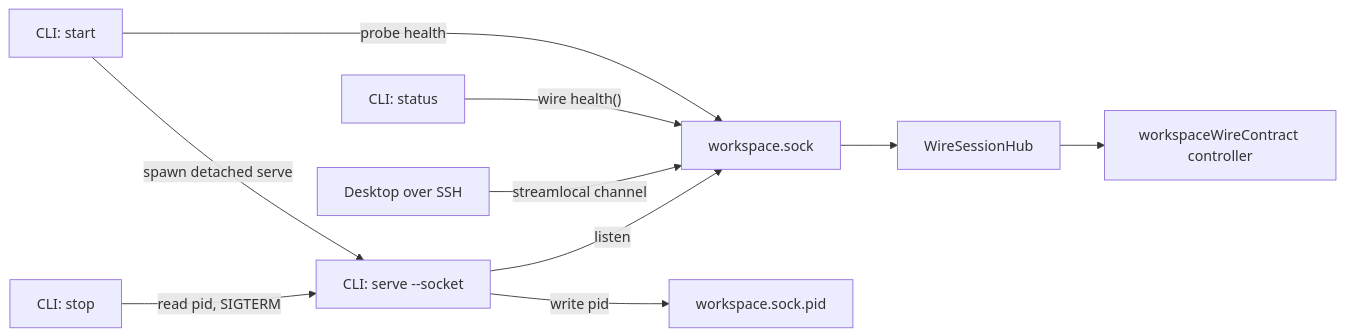
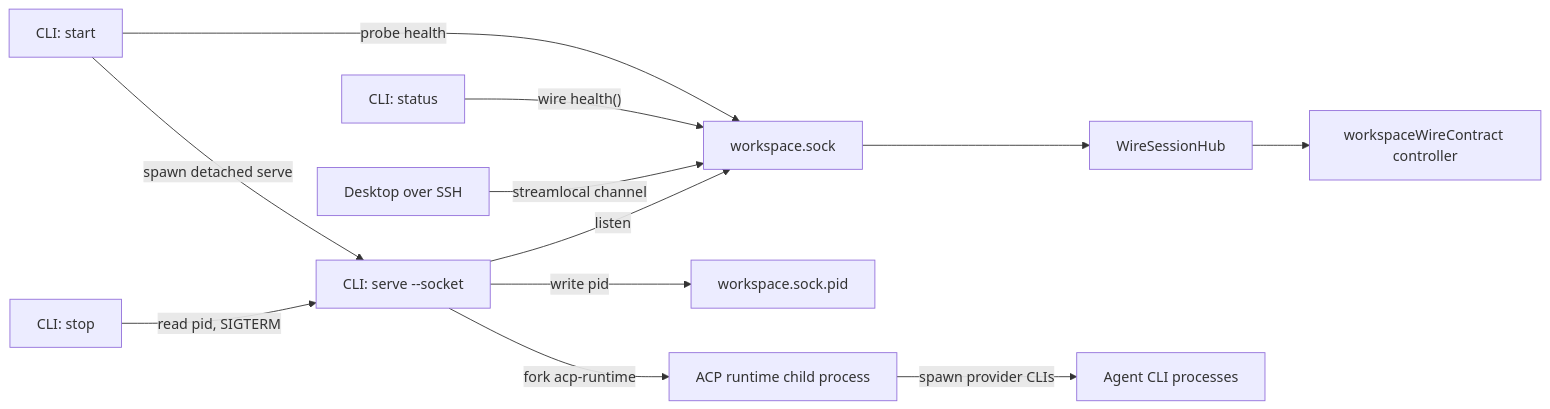
The diagram in apps/workspace-server/docs/daemon.md (luisKisters/emdash), drawn with Mermaid before and after one commit. The commit also changed other lines of this file and 39 other files, not shown here.

````diff
--- a/apps/workspace-server/docs/daemon.md
+++ b/apps/workspace-server/docs/daemon.md
@@ -20,12 +20,14 @@
 ```mermaid
 flowchart LR
   cliStart["CLI: start"] -->|"probe health"| socket["workspace.sock"]
   cliStart -->|"spawn detached serve"| daemon["CLI: serve --socket"]
   daemon -->|"listen"| socket
   daemon -->|"write pid"| pidFile["workspace.sock.pid"]
   cliStatus["CLI: status"] -->|"wire health()"| socket
   cliStop["CLI: stop"] -->|"read pid, SIGTERM"| daemon
   desktop["Desktop over SSH"] -->|"streamlocal channel"| socket
   socket --> sessionHub["WireSessionHub"]
   sessionHub --> controller["workspaceWireContract controller"]
+  daemon -->|"fork acp-runtime"| acpRuntime["ACP runtime child process"]
+  acpRuntime -->|"spawn provider CLIs"| agentCli["Agent CLI processes"]
 ```
````
